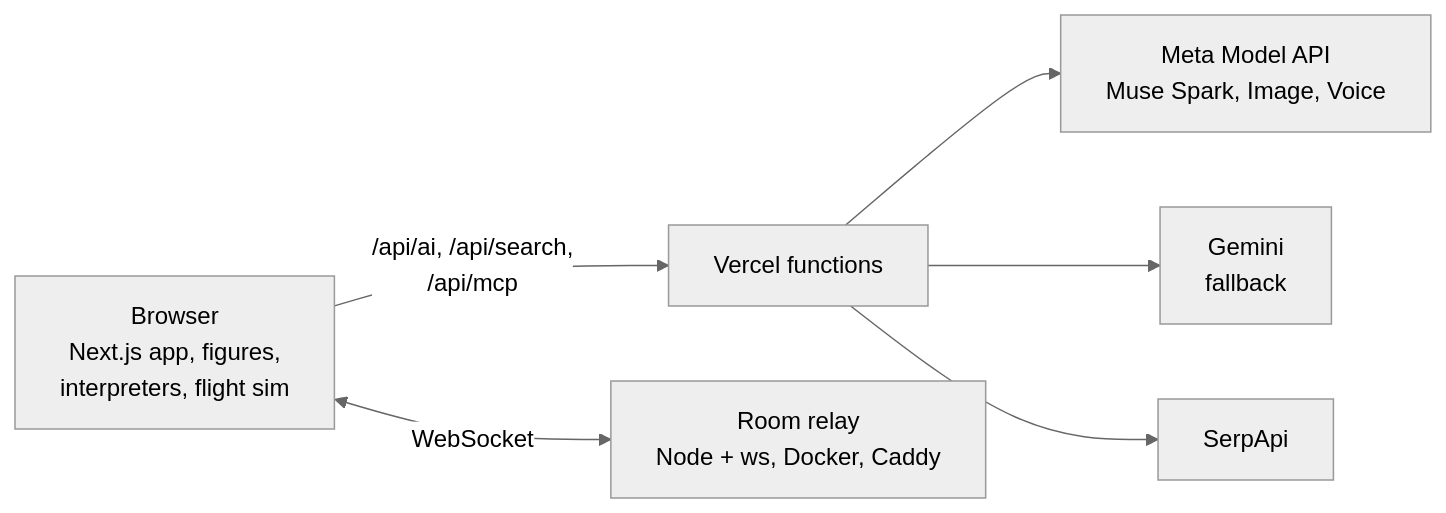
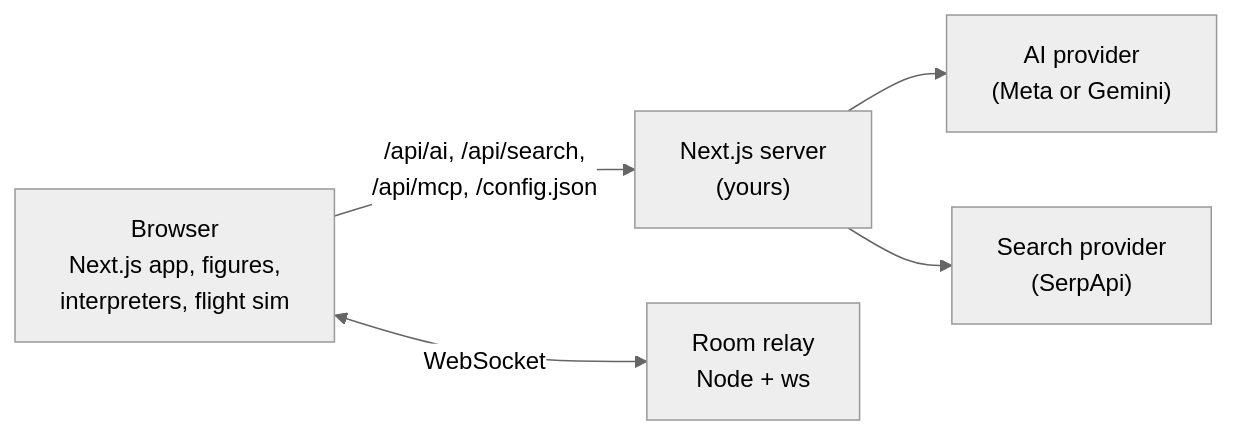
The diagram in README.md (kushwahaamar-dev/iynk), drawn with Mermaid (neutral theme) before and after one commit. The commit also changed other lines of this file and 2 other files, not shown here.

Commit message:
B1 T-B1-15: README rewrite and docs/SERVER_AND_KEYS.md

````diff
--- a/README.md
+++ b/README.md
@@ -68,8 +64,7 @@
 ```mermaid
 flowchart LR
-  B["Browser<br/>Next.js app, figures,<br/>interpreters, flight sim"] -->|"/api/ai, /api/search,<br/>/api/mcp"| V["Vercel functions"]
-  B <-->|WebSocket| R["Room relay<br/>Node + ws, Docker, Caddy"]
-  V --> M["Meta Model API<br/>Muse Spark, Image, Voice"]
-  V --> G["Gemini<br/>fallback"]
-  V --> S["SerpApi"]
+  B["Browser<br/>Next.js app, figures,<br/>interpreters, flight sim"] -->|"/api/ai, /api/search,<br/>/api/mcp, /config.json"| N["Next.js server<br/>(yours)"]
+  B <-->|WebSocket| R["Room relay<br/>Node + ws"]
+  N --> P["AI provider<br/>(Meta or Gemini)"]
+  N --> S["Search provider<br/>(SerpApi)"]
 ```
````
